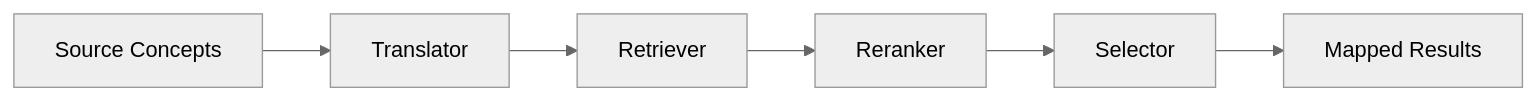
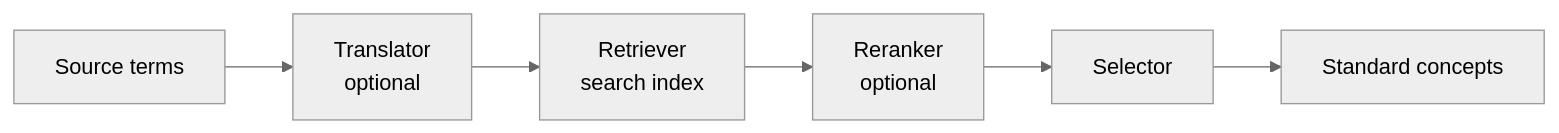
One commit to precisiondata/aatm changed the diagram in docs/getting-started/quick_start_python_api.md. Above: the diagram before and after it, drawn with Mermaid (neutral theme). The commit also changed other lines of this file and 6 other files, not shown here.

````diff
--- a/docs/getting-started/quick_start_python_api.md
+++ b/docs/getting-started/quick_start_python_api.md
@@ -39,8 +9,8 @@
 ```mermaid
 flowchart LR
-    A[Source Concepts] --> B[Translator]
-    B --> C[Retriever]
-    C --> D[Reranker]
+    A[Source terms] --> B[Translator<br/>optional]
+    B --> C[Retriever<br/>search index]
+    C --> D[Reranker<br/>optional]
     D --> E[Selector]
-    E --> F[Mapped Results]
+    E --> F[Standard concepts]
 ```
````
